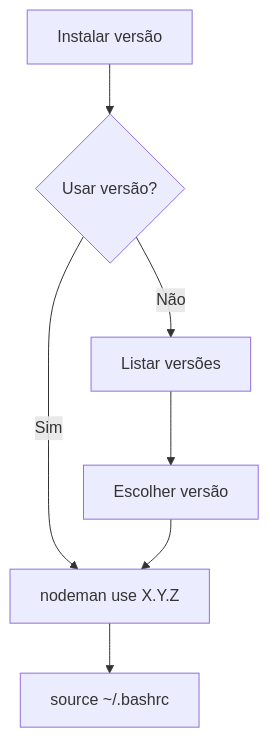
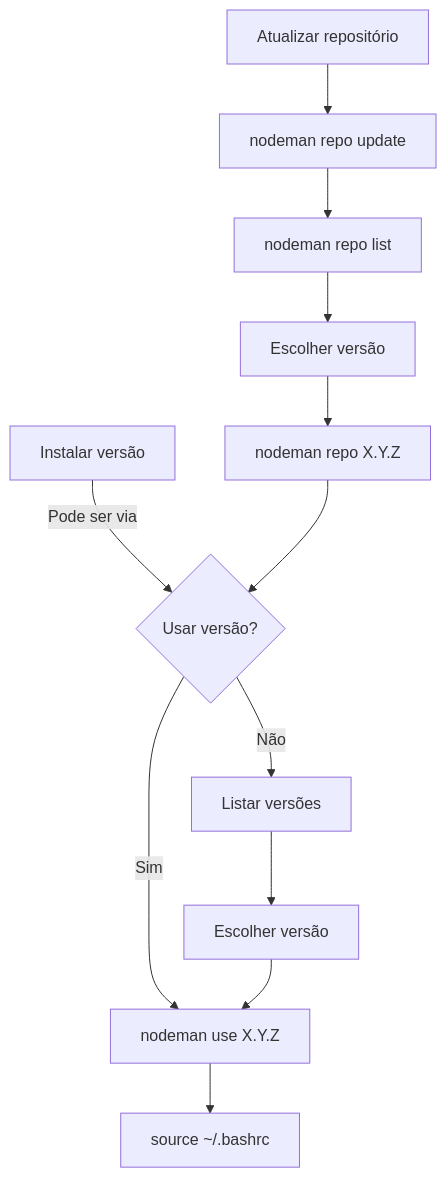
Before and after one commit to souza-lb/nodeman: the diagram in README.md, drawn with Mermaid. The commit also changed other lines of this file, not shown here.

````diff
--- a/README.md
+++ b/README.md
@@ -162,9 +204,14 @@
 ```mermaid
 graph TD
-    A[Instalar versão] --> B{Usar versão?}
+    A[Instalar versão] -->|Pode ser via| B{Usar versão?}
     B -->|Sim| C[ nodeman use X.Y.Z ]
     B -->|Não| D[Listar versões]
     C --> E[source ~/.bashrc]
     D --> F[Escolher versão]
     F --> C
+    G[Atualizar repositório] --> H[nodeman repo update]
+    H --> I[nodeman repo list]
+    I --> J[Escolher versão]
+    J --> K[nodeman repo X.Y.Z]
+    K --> B
 ```
````
